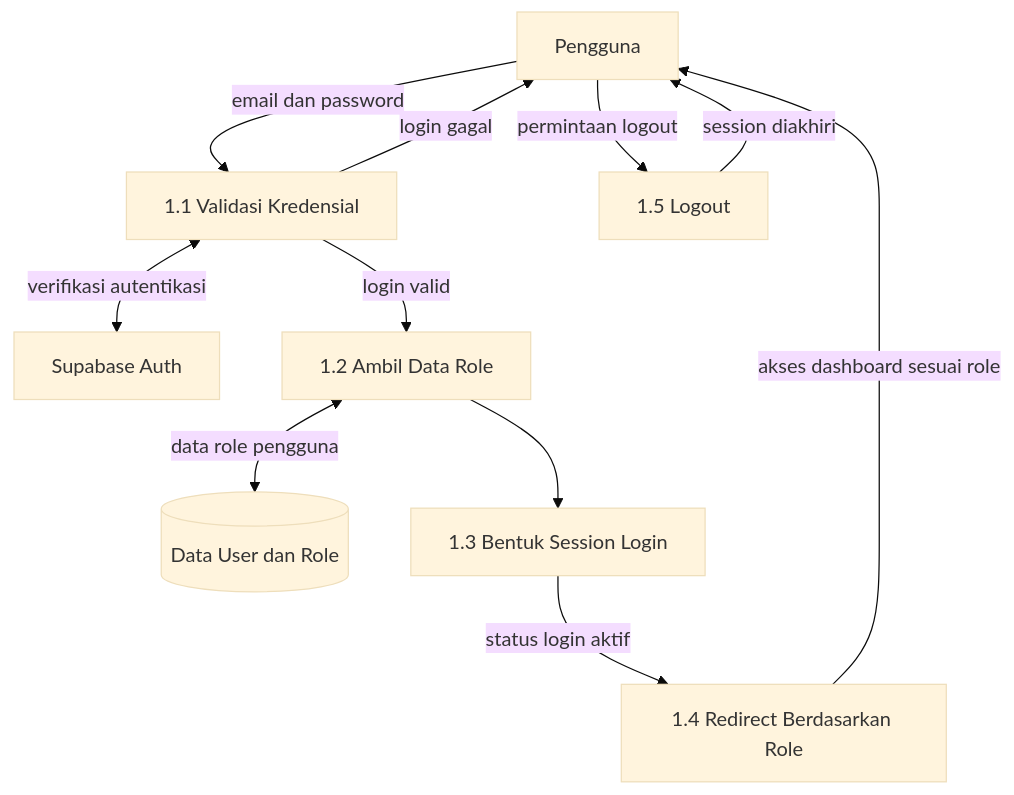
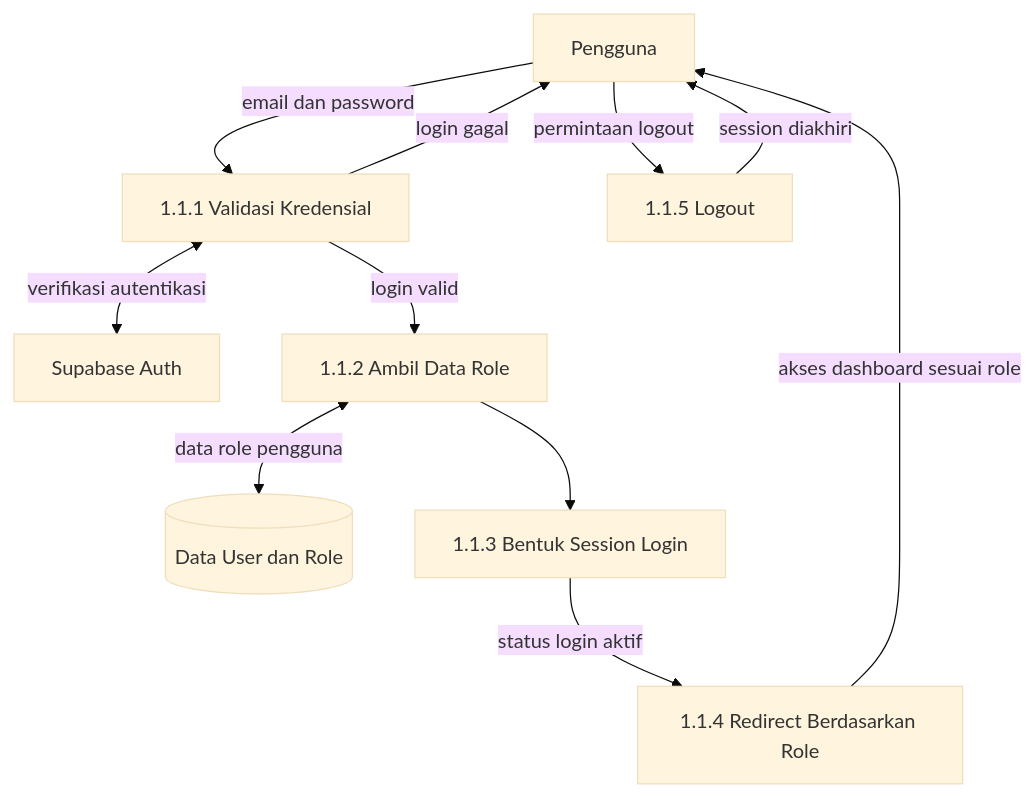
One commit to taufiq1285/sistem-pwa changed the third of 12 diagrams in docs/DFD.md. Above: the diagram before and after it, drawn with Mermaid (base theme). The commit also changed other lines of this file and 75 other files, not shown here.

````diff
--- a/docs/DFD.md
+++ b/docs/DFD.md
@@ -238,22 +193,22 @@
 ```mermaid
 graph TB
     User[Pengguna]
     SupabaseAuth[Supabase Auth]
     D1[(Data User dan Role)]
-    P1_1[1.1 Validasi Kredensial]
-    P1_2[1.2 Ambil Data Role]
-    P1_3[1.3 Bentuk Session Login]
-    P1_4[1.4 Redirect Berdasarkan Role]
-    P1_5[1.5 Logout]
+    P1_1[1.1.1 Validasi Kredensial]
+    P1_2[1.1.2 Ambil Data Role]
+    P1_3[1.1.3 Bentuk Session Login]
+    P1_4[1.1.4 Redirect Berdasarkan Role]
+    P1_5[1.1.5 Logout]
 
     User -->|email dan password| P1_1
     P1_1 <-->|verifikasi autentikasi| SupabaseAuth
     P1_1 -->|login valid| P1_2
     P1_1 -->|login gagal| User
     P1_2 <-->|data role pengguna| D1
     P1_2 --> P1_3
     P1_3 -->|status login aktif| P1_4
     P1_4 -->|akses dashboard sesuai role| User
     User -->|permintaan logout| P1_5
     P1_5 -->|session diakhiri| User
 ```
````
